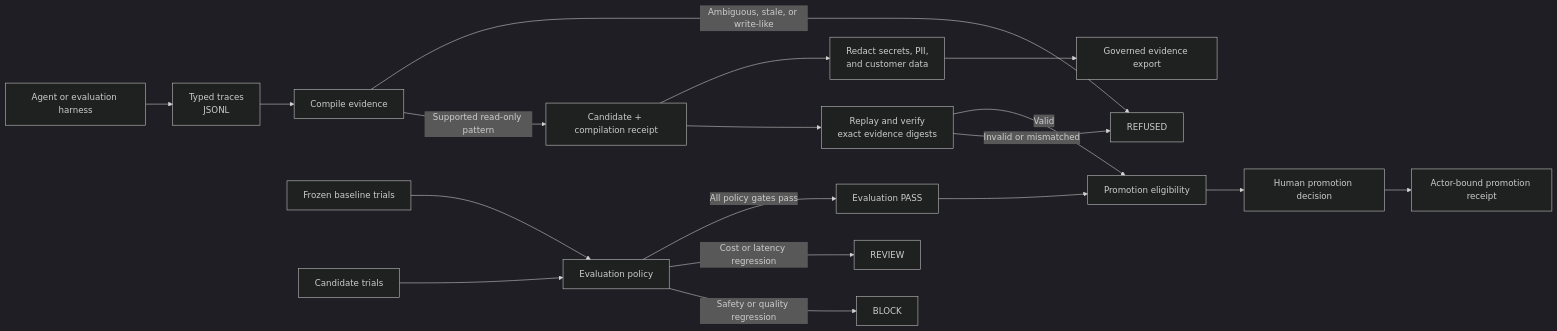
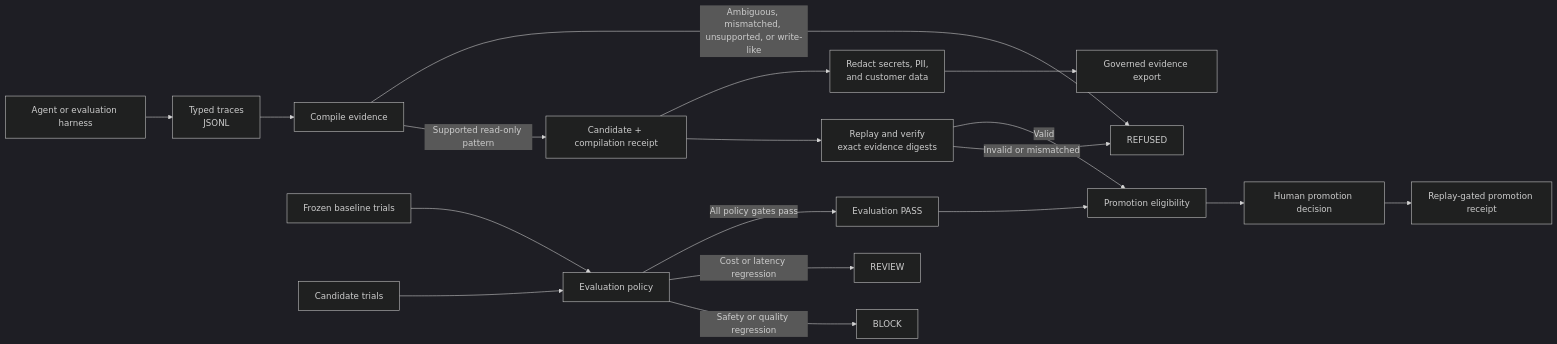
One commit to kingggg5/awe-tracegate changed the first of 3 diagrams in README.md. Above: the diagram before and after it, drawn with Mermaid (dark theme). The commit also changed other lines of this file and 20 other files, not shown here.

````diff
--- a/README.md
+++ b/README.md
@@ -49,24 +50,24 @@
 ```mermaid
 flowchart LR
     H["Agent or evaluation harness"] --> T["Typed traces<br/>JSONL"]
     T --> C["Compile evidence"]
     C -->|"Supported read-only pattern"| R["Candidate + compilation receipt"]
-    C -->|"Ambiguous, stale, or write-like"| F["REFUSED"]
+    C -->|"Ambiguous, mismatched, unsupported, or write-like"| F["REFUSED"]
 
     R --> V["Replay and verify<br/>exact evidence digests"]
     V -->|"Invalid or mismatched"| F
 
     B["Frozen baseline trials"] --> E["Evaluation policy"]
     N["Candidate trials"] --> E
     E -->|"Safety or quality regression"| X["BLOCK"]
     E -->|"Cost or latency regression"| Q["REVIEW"]
     E -->|"All policy gates pass"| P["Evaluation PASS"]
 
     V -->|"Valid"| K["Promotion eligibility"]
     P --> K
     K --> M["Human promotion decision"]
-    M --> A["Actor-bound promotion receipt"]
+    M --> A["Replay-gated promotion receipt"]
 
     R --> D["Redact secrets, PII,<br/>and customer data"]
     D --> G["Governed evidence export"]
 ```
````
